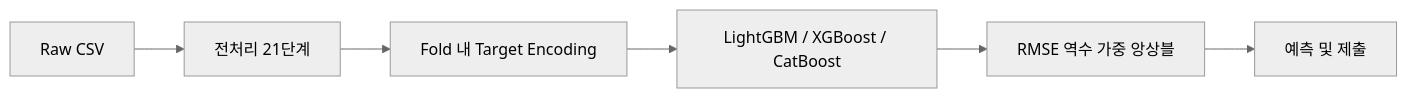
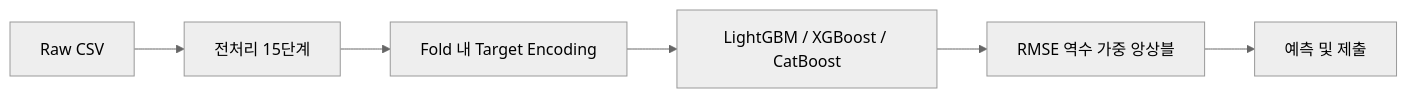
One commit to FastAI-24/Eda-processing changed the first of 5 diagrams in README.md. Above: the diagram before and after it, drawn with Mermaid (neutral theme). The commit also changed other lines of this file and 11 other files, not shown here.

````diff
--- a/README.md
+++ b/README.md
@@ -13,8 +13,8 @@
 ```mermaid
 graph LR
-    A[Raw CSV] --> B[전처리 21단계]
+    A[Raw CSV] --> B[전처리 15단계]
     B --> C[Fold 내 Target Encoding]
     C --> D[LightGBM / XGBoost / CatBoost]
     D --> E[RMSE 역수 가중 앙상블]
     E --> F[예측 및 제출]
 ```
````
